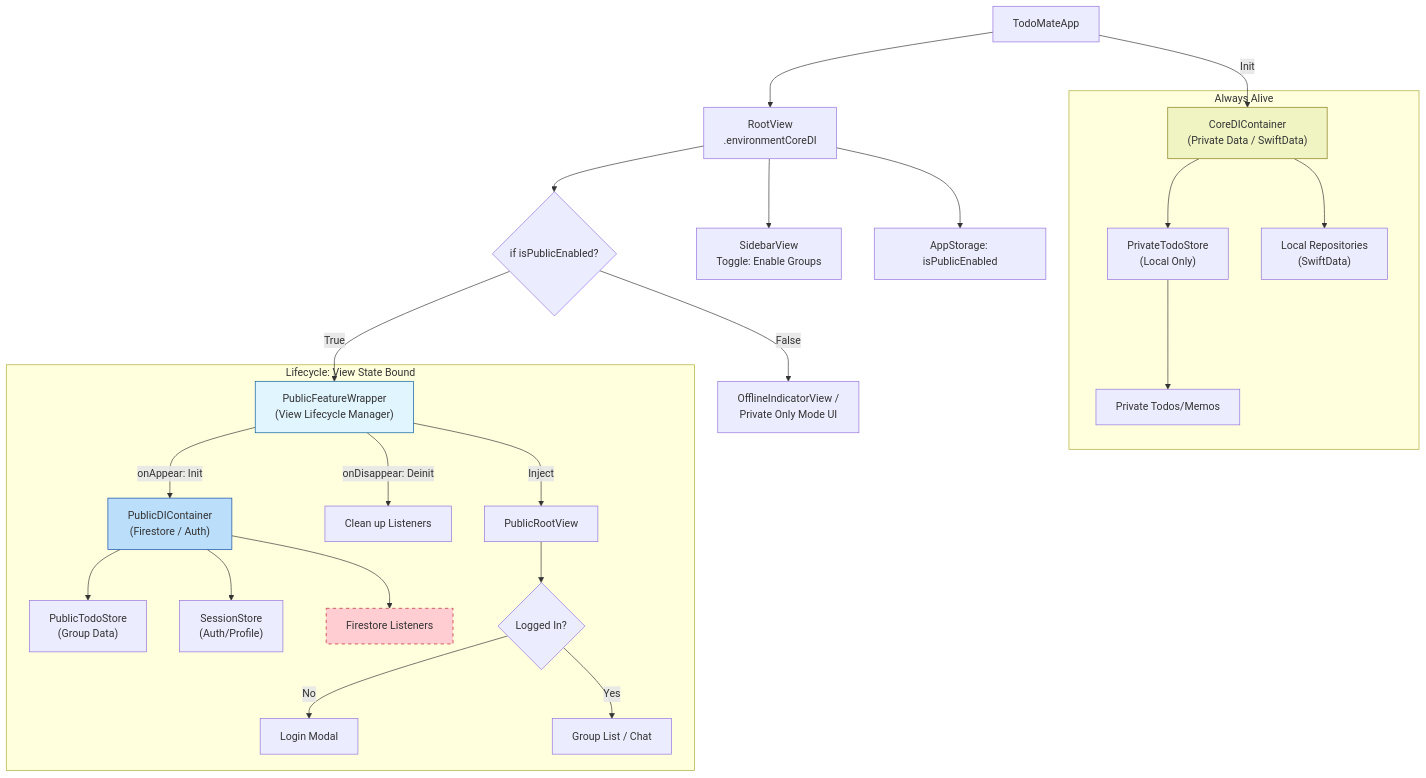
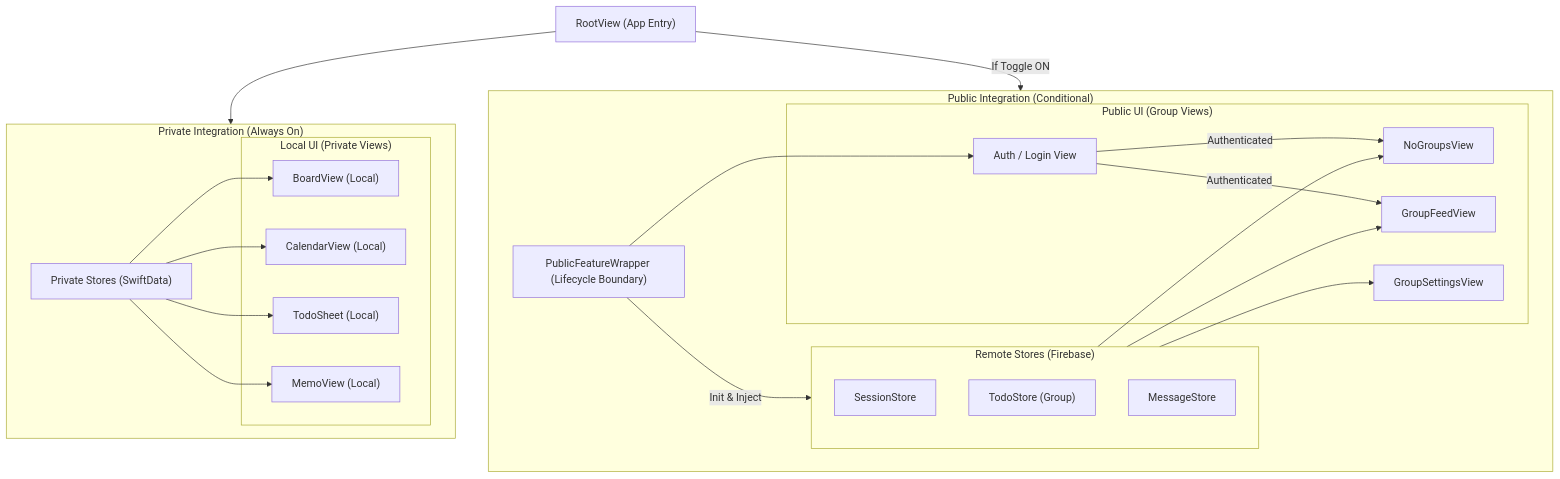
Before and after one commit to hot666666/TodoMate: the diagram in tasks/future/offline.md, drawn with Mermaid. The commit also changed other lines of this file and 18 other files, not shown here.

First line of the commit message:
refactor: Separate private and public context for offline mode

````diff
--- a/tasks/future/offline.md
+++ b/tasks/future/offline.md
@@ -13,40 +13,50 @@
 ```mermaid
 graph TD
-    App["TodoMateApp"] -->|Init| CoreDI["CoreDIContainer<br/>(Private Data / SwiftData)"]
-    App --> Root["RootView<br/>.environmentCoreDI"]
+    Root["RootView (App Entry)"]
 
-    Root --> Sidebar["SidebarView<br/>Toggle: Enable Groups"]
-    Root --> ViewState["AppStorage: isPublicEnabled"]
-
-    Root --> EntryPoint{"if isPublicEnabled?"}
-
-    subgraph Private Context [Always Alive]
-        CoreDI --> PrivateStore["PrivateTodoStore<br/>(Local Only)"]
-        PrivateStore --> PrivateViews["Private Todos/Memos"]
-        CoreDI --> LocalRepos["Local Repositories<br/>(SwiftData)"]
+    subgraph PrivateLayer ["Private Integration (Always On)"]
+        PrivateStores["Private Stores (SwiftData)"]
+        subgraph LocalUI ["Local UI (Private Views)"]
+            BoardView["BoardView (Local)"]
+            CalendarView["CalendarView (Local)"]
+            TodoSheet["TodoSheet (Local)"]
+            MemoView["MemoView (Local)"]
+        end
     end
 
-    EntryPoint -- False --> OfflineView["OfflineIndicatorView /<br/>Private Only Mode UI"]
+    subgraph PublicLayer ["Public Integration (Conditional)"]
+        PFWrapper["PublicFeatureWrapper (Lifecycle Boundary)"]
 
-    EntryPoint -- True --> PublicWrapper["PublicFeatureWrapper<br/>(View Lifecycle Manager)"]
+        subgraph PublicStores ["Remote Stores (Firebase)"]
+            SS["SessionStore"]
+            TS["TodoStore (Group)"]
+            MS["MessageStore"]
+        end
 
-    subgraph Public Context [Lifecycle: View State Bound]
-        PublicWrapper -->|onAppear: Init| PublicDI["PublicDIContainer<br/>(Firestore / Auth)"]
-        PublicWrapper -->|onDisappear: Deinit| Dealloc["Clean up Listeners"]
-
-        PublicWrapper -->|Inject| PublicRoot["PublicRootView"]
-
-        PublicDI --> PublicStore["PublicTodoStore<br/>(Group Data)"]
-        PublicDI --> SessionStore["SessionStore<br/>(Auth/Profile)"]
-        PublicDI --> Listeners["Firestore Listeners"]
-
-        PublicRoot --> Content{"Logged In?"}
-        Content -- No --> Login["Login Modal"]
-        Content -- Yes --> GroupViews["Group List / Chat"]
+        subgraph PublicUI ["Public UI (Group Views)"]
+            Auth["Auth / Login View"]
+            NoGroup["NoGroupsView"]
+            GroupFeed["GroupFeedView"]
+            GroupSettings["GroupSettingsView"]
+        end
     end
 
-    style PublicWrapper fill:#e1f5fe,stroke:#01579b
-    style PublicDI fill:#bbdefb,stroke:#0d47a1
-    style Listeners fill:#ffcdd2,stroke:#b71c1c,stroke-dasharray: 5 5
-    style CoreDI fill:#f0f4c3,stroke:#827717
+    Root --> PrivateLayer
+    Root -- "If Toggle ON" --> PublicLayer
+
+    %% Private Connections
+    PrivateStores --> BoardView
+    PrivateStores --> CalendarView
+    PrivateStores --> TodoSheet
+    PrivateStores --> MemoView
+
+    %% Public Connections (Assembled inside Wrapper)
+    PFWrapper -- "Init & Inject" --> PublicStores
+    PFWrapper --> Auth
+    Auth -- "Authenticated" --> NoGroup
+    Auth -- "Authenticated" --> GroupFeed
+
+    PublicStores --> GroupFeed
+    PublicStores --> GroupSettings
+    PublicStores --> NoGroup
 ```
````
